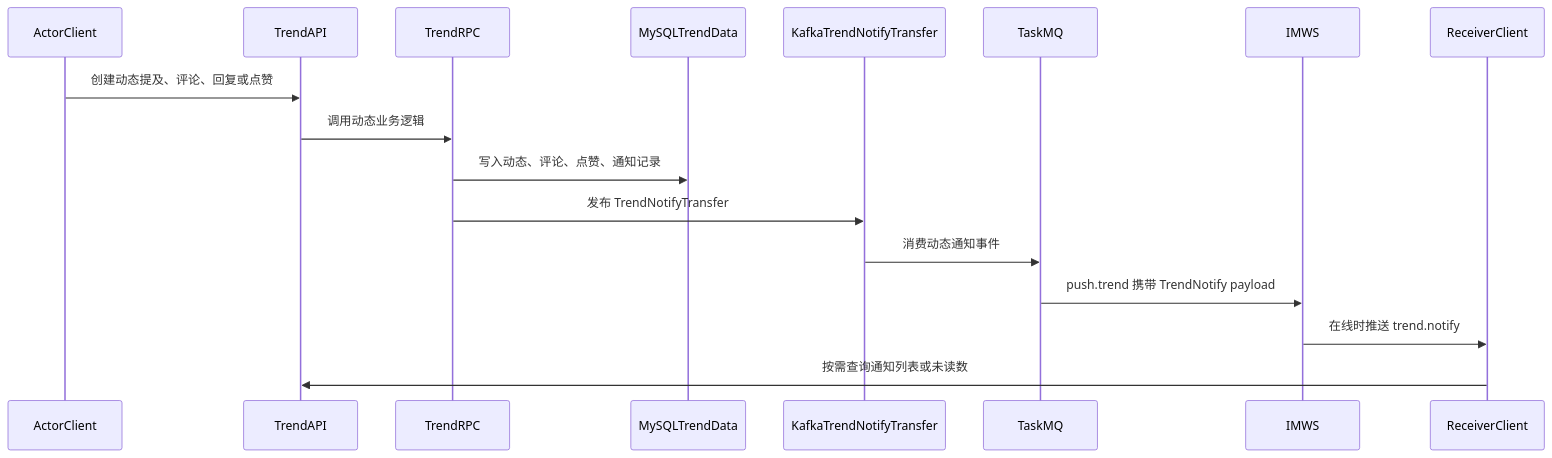
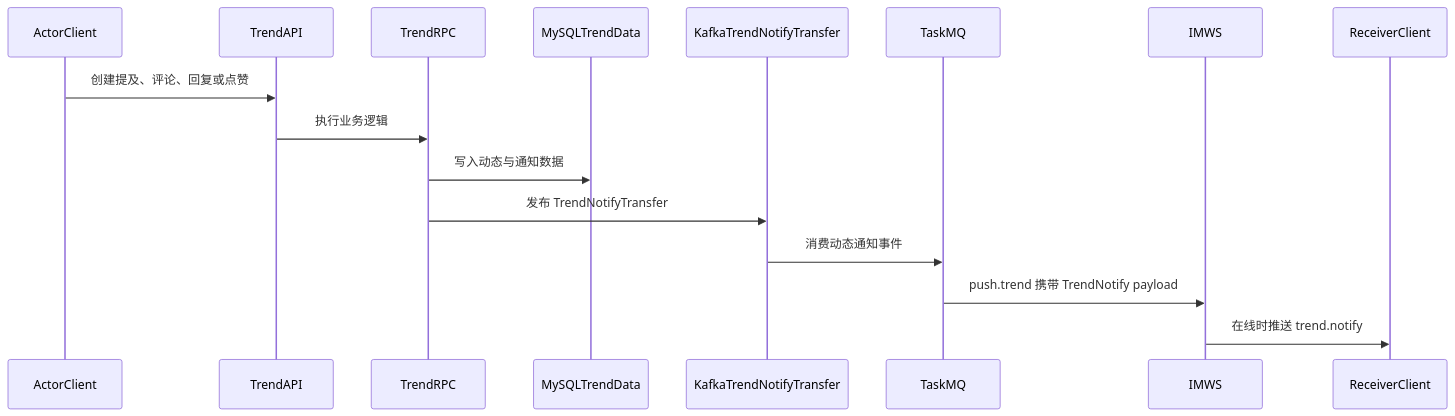
The fourth of 4 diagrams in docs/README.zh-CN.md (iceymoss/go-hichat-api), drawn with Mermaid before and after one commit. The commit also changed other lines of this file and 1 other file, not shown here.

Commit message:
docs: improve README architecture overview

````diff
--- a/docs/README.zh-CN.md
+++ b/docs/README.zh-CN.md
@@ -284,11 +144,10 @@
 ```mermaid
 sequenceDiagram
-  ActorClient->>TrendAPI: 创建动态提及、评论、回复或点赞
-  TrendAPI->>TrendRPC: 调用动态业务逻辑
-  TrendRPC->>MySQLTrendData: 写入动态、评论、点赞、通知记录
+  ActorClient->>TrendAPI: 创建提及、评论、回复或点赞
+  TrendAPI->>TrendRPC: 执行业务逻辑
+  TrendRPC->>MySQLTrendData: 写入动态与通知数据
   TrendRPC->>KafkaTrendNotifyTransfer: 发布 TrendNotifyTransfer
   KafkaTrendNotifyTransfer->>TaskMQ: 消费动态通知事件
   TaskMQ->>IMWS: push.trend 携带 TrendNotify payload
   IMWS->>ReceiverClient: 在线时推送 trend.notify
-  ReceiverClient->>TrendAPI: 按需查询通知列表或未读数
 ```
````
